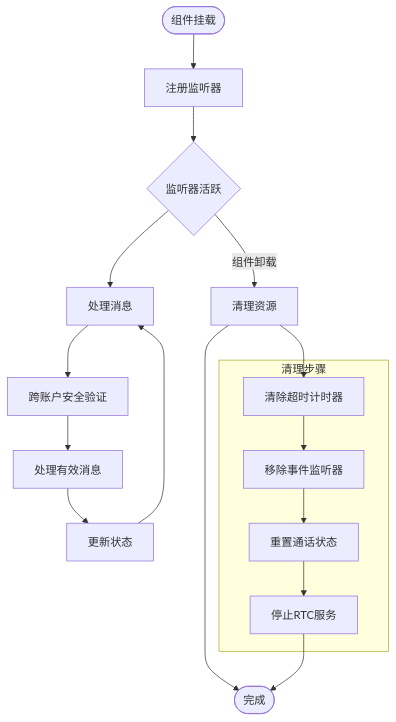
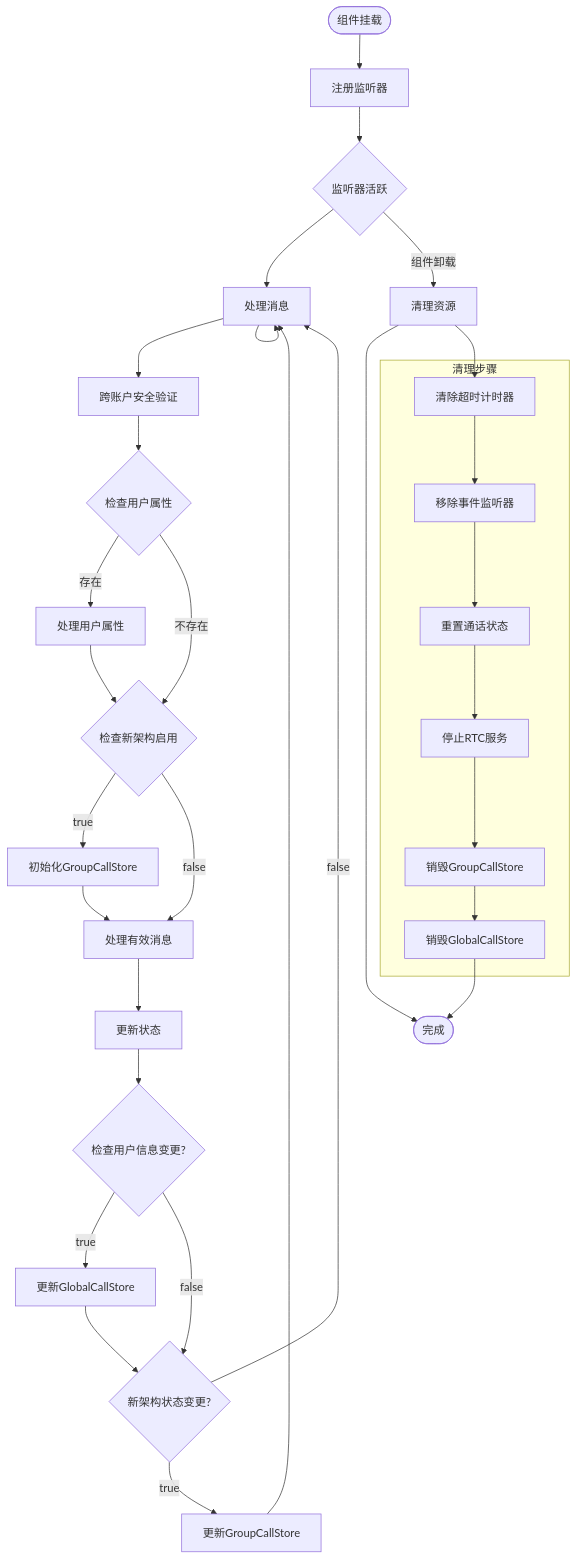
Diagram 16 of 16 in .qoder/repowiki/zh/content/组合式 API/监听器管理 API.md (Easemob-Community/easemob-uikit-callkit-vue3), drawn with Mermaid before and after one commit. The commit also changed other lines of this file and 54 other files, not shown here.

````diff
--- a/.qoder/repowiki/zh/content/组合式 API/监听器管理 API.md
+++ b/.qoder/repowiki/zh/content/组合式 API/监听器管理 API.md
@@ -516,23 +797,40 @@
 ```mermaid
 flowchart TD
 Start([组件挂载]) --> Register[注册监听器]
 Register --> Active{监听器活跃}
 Active --> Process[处理消息]
 Process --> ValidateUser[跨账户安全验证]
-ValidateUser --> ProcessMessage[处理有效消息]
+ValidateUser --> CheckUserAttr{检查用户属性}
+CheckUserAttr --> |存在| HandleUserAttr[处理用户属性]
+CheckUserAttr --> |不存在| CheckNewArch{检查新架构启用}
+HandleUserAttr --> CheckNewArch
+CheckNewArch --> |true| InitGroupCall[初始化GroupCallStore]
+CheckNewArch --> |false| ProcessMessage[处理有效消息]
+InitGroupCall --> ProcessMessage
 ProcessMessage --> Update[更新状态]
-Update --> Process
+Update --> CheckUserStore{检查用户信息变更?}
+CheckUserStore --> |true| UpdateUserStore[更新GlobalCallStore]
+CheckUserStore --> |false| CheckNewArch2{新架构状态变更?}
+UpdateUserStore --> CheckNewArch2
+CheckNewArch2 --> |true| UpdateGroupCall[更新GroupCallStore]
+CheckNewArch2 --> |false| Process
+UpdateGroupCall --> Process
+Process --> Process
 Active --> |组件卸载| Cleanup[清理资源]
 Cleanup --> End([完成])
 subgraph "清理步骤"
 ClearTimer[清除超时计时器]
 ClearListeners[移除事件监听器]
 ResetState[重置通话状态]
 StopRTC[停止RTC服务]
+DestroyGroupCall[销毁GroupCallStore]
+DestroyUserStore[销毁GlobalCallStore]
 end
 Cleanup --> ClearTimer
 ClearTimer --> ClearListeners
 ClearListeners --> ResetState
 ResetState --> StopRTC
-StopRTC --> End
+StopRTC --> DestroyGroupCall
+DestroyGroupCall --> DestroyUserStore
+DestroyUserStore --> End
 ```
````
